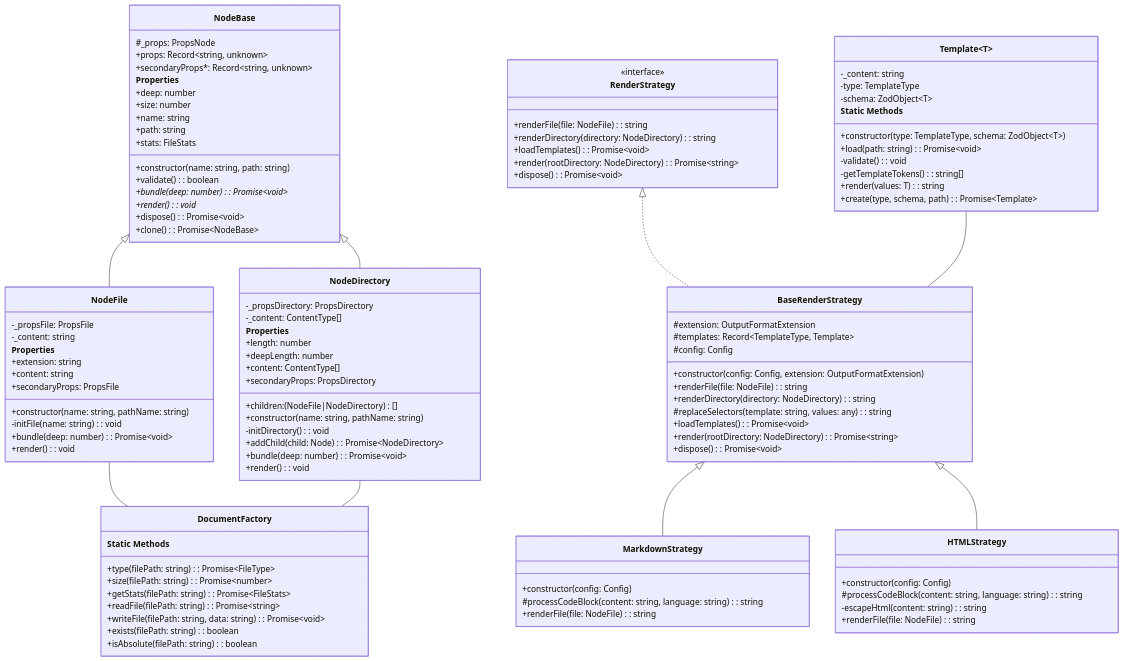
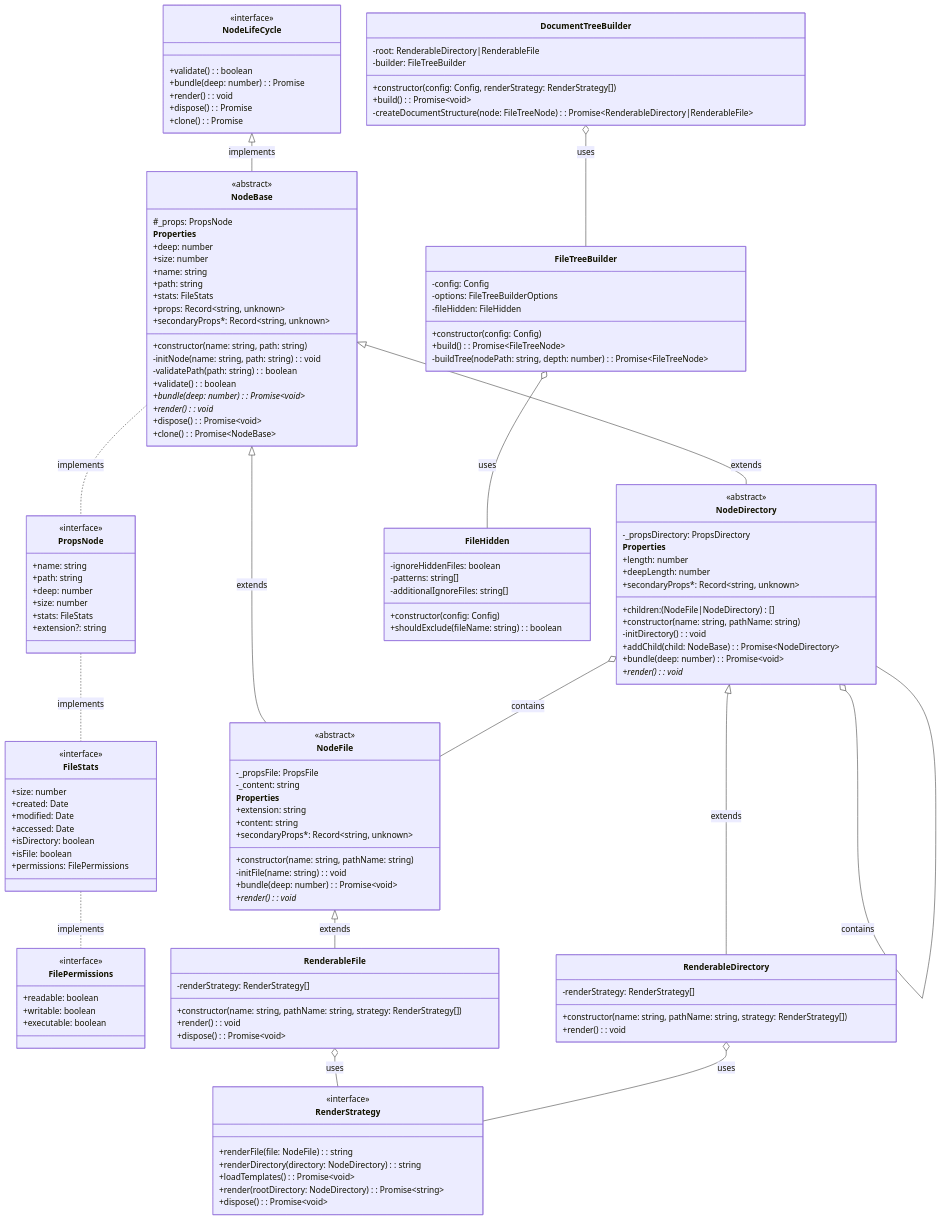
The first of 3 diagrams in documentation/Detailed_class_diagrams_and_component_lifecycle.md (aminesayagh/Code-Wrangler), drawn with Mermaid before and after one commit. The commit also changed 2 other files, not shown here.

Commit message:
update diagram

````diff
--- a/documentation/Detailed_class_diagrams_and_component_lifecycle.md
+++ b/documentation/Detailed_class_diagrams_and_component_lifecycle.md
@@ -5,53 +5,43 @@
 ```mermaid
 classDiagram
-    class NodeBase {
-        #_props: PropsNode
-        +constructor(name: string, path: string)
-        +validate(): boolean
-        +bundle(deep: number)*: Promise~void~
-        +render()*: void
-        +dispose(): Promise~void~
-        +clone(): Promise~NodeBase~
-        +props: Record~string, unknown~
-        +secondaryProps*: Record~string, unknown~
-        __Properties__
+    %% Interfaces
+    class FileStats {
+        <<interface>>
+        +size: number
+        +created: Date
+        +modified: Date
+        +accessed: Date
+        +isDirectory: boolean
+        +isFile: boolean
+        +permissions: FilePermissions
+    }
+
+    class FilePermissions {
+        <<interface>>
+        +readable: boolean
+        +writable: boolean
+        +executable: boolean
+    }
+
+    class PropsNode {
+        <<interface>>
+        +name: string
+        +path: string
         +deep: number
         +size: number
-        +name: string
-        +path: string
         +stats: FileStats
+        +extension?: string
     }
 
-    class NodeFile {
-        -_propsFile: PropsFile
-        -_content: string
-        +constructor(name: string, pathName: string)
-        -initFile(name: string): void
-        +bundle(deep: number): Promise~void~
+    class NodeLifeCycle {
+        <<interface>>
+        +validate(): boolean
+        +bundle(deep: number): Promise<void>
         +render(): void
-        __Properties__
-        +extension: string
-        +content: string
-        +secondaryProps: PropsFile
+        +dispose(): Promise<void>
+        +clone(): Promise<NodeBase>
     }
 
-    class NodeDirectory {
-        +children: (NodeFile|NodeDirectory)[]
-        -_propsDirectory: PropsDirectory
-        -_content: ContentType[]
-        +constructor(name: string, pathName: string)
-        -initDirectory(): void
-        +addChild(child: Node): Promise~NodeDirectory~
-        +bundle(deep: number): Promise~void~
-        +render(): void
-        __Properties__
-        +length: number
-        +deepLength: number
-        +content: ContentType[]
-        +secondaryProps: PropsDirectory
-    }
-
-    %% Rendering Strategy Hierarchy
     class RenderStrategy {
         <<interface>>
         +renderFile(file: NodeFile): string
@@ -61,65 +51,110 @@
         +dispose(): Promise~void~
     }
 
-    class BaseRenderStrategy {
-        #extension: OutputFormatExtension
-        #templates: Record~TemplateType, Template~
-        #config: Config
-        +constructor(config: Config, extension: OutputFormatExtension)
-        +renderFile(file: NodeFile): string
-        +renderDirectory(directory: NodeDirectory): string
-        #replaceSelectors(template: string, values: any): string
-        +loadTemplates(): Promise~void~
-        +render(rootDirectory: NodeDirectory): Promise~string~
+    %% Abstract Base Classes
+    class NodeBase {
+        <<abstract>>
+        #_props: PropsNode
+        +constructor(name: string, path: string)
+        -initNode(name: string, path: string): void
+        -validatePath(path: string): boolean
+        +validate(): boolean
+        +bundle(deep: number)*: Promise~void~
+        +render()*: void
+        +dispose(): Promise~void~
+        +clone(): Promise~NodeBase~
+        __Properties__
+        +deep: number
+        +size: number
+        +name: string
+        +path: string
+        +stats: FileStats
+        +props: Record~string, unknown~
+        +secondaryProps*: Record~string, unknown~
+    }
+
+    class NodeDirectory {
+        <<abstract>>
+        +children: (NodeFile|NodeDirectory)[]
+        -_propsDirectory: PropsDirectory
+        +constructor(name: string, pathName: string)
+        -initDirectory(): void
+        +addChild(child: NodeBase): Promise~NodeDirectory~
+        +bundle(deep: number): Promise~void~
+        +render()*: void
+        __Properties__
+        +length: number
+        +deepLength: number
+        +secondaryProps*: Record~string, unknown~
+    }
+
+    class NodeFile {
+        <<abstract>>
+        -_propsFile: PropsFile
+        -_content: string
+        +constructor(name: string, pathName: string)
+        -initFile(name: string): void
+        +bundle(deep: number): Promise~void~
+        +render()*: void
+        __Properties__
+        +extension: string
+        +content: string
+        +secondaryProps*: Record~string, unknown~
+    }
+
+    %% Concrete Classes
+    class RenderableDirectory {
+        -renderStrategy: RenderStrategy[]
+        +constructor(name: string, pathName: string, strategy: RenderStrategy[])
+        +render(): void
+    }
+
+    class RenderableFile {
+        -renderStrategy: RenderStrategy[]
+        +constructor(name: string, pathName: string, strategy: RenderStrategy[])
+        +render(): void
         +dispose(): Promise~void~
     }
 
-    class MarkdownStrategy {
-        +constructor(config: Config)
-        #processCodeBlock(content: string, language: string): string
-        +renderFile(file: NodeFile): string
+    %% Builder Classes
+    class DocumentTreeBuilder {
+        -root: RenderableDirectory|RenderableFile
+        -builder: FileTreeBuilder
+        +constructor(config: Config, renderStrategy: RenderStrategy[])
+        +build(): Promise~void~
+        -createDocumentStructure(node: FileTreeNode): Promise~RenderableDirectory|RenderableFile~
     }
 
-    class HTMLStrategy {
+    class FileTreeBuilder {
+        -config: Config
+        -options: FileTreeBuilderOptions
+        -fileHidden: FileHidden
         +constructor(config: Config)
-        #processCodeBlock(content: string, language: string): string
-        -escapeHtml(content: string): string
-        +renderFile(file: NodeFile): string
+        +build(): Promise~FileTreeNode~
+        -buildTree(nodePath: string, depth: number): Promise~FileTreeNode~
     }
 
-    %% Template System
-    class Template~T~ {
-        -_content: string
-        -type: TemplateType
-        -schema: ZodObject~T~
-        +constructor(type: TemplateType, schema: ZodObject~T~)
-        +load(path: string): Promise~void~
-        -validate(): void
-        -getTemplateTokens(): string[]
-        +render(values: T): string
-        __Static Methods__
-        +create(type, schema, path): Promise~Template~
-    }
-
-    %% Document Factory
-    class DocumentFactory {
-        __Static Methods__
-        +type(filePath: string): Promise~FileType~
-        +size(filePath: string): Promise~number~
-        +getStats(filePath: string): Promise~FileStats~
-        +readFile(filePath: string): Promise~string~
-        +writeFile(filePath: string, data: string): Promise~void~
-        +exists(filePath: string): boolean
-        +isAbsolute(filePath: string): boolean
+    class FileHidden {
+        -ignoreHiddenFiles: boolean
+        -patterns: string[]
+        -additionalIgnoreFiles: string[]
+        +constructor(config: Config)
+        +shouldExclude(fileName: string): boolean
     }
 
     %% Relationships
-    NodeBase <|-- NodeFile
-    NodeBase <|-- NodeDirectory
-    RenderStrategy <|.. BaseRenderStrategy
-    BaseRenderStrategy <|-- MarkdownStrategy
-    BaseRenderStrategy <|-- HTMLStrategy
-    NodeFile -- DocumentFactory
-    NodeDirectory -- DocumentFactory
-    Template -- BaseRenderStrategy
+    NodeLifeCycle <|-- NodeBase: implements
+    NodeBase <|-- NodeFile: extends
+    NodeBase <|-- NodeDirectory: extends
+    NodeFile <|-- RenderableFile: extends
+    NodeDirectory <|-- RenderableDirectory: extends
+    NodeBase .. PropsNode: implements
+    PropsNode .. FileStats: implements
+    FileStats .. FilePermissions: implements
+    FileTreeBuilder o-- FileHidden: uses
+    DocumentTreeBuilder o-- FileTreeBuilder: uses
+    RenderableFile o-- RenderStrategy: uses
+    RenderableDirectory o-- RenderStrategy: uses
+    NodeDirectory o-- NodeFile: contains
+    NodeDirectory o-- NodeDirectory: contains
 ```
````
